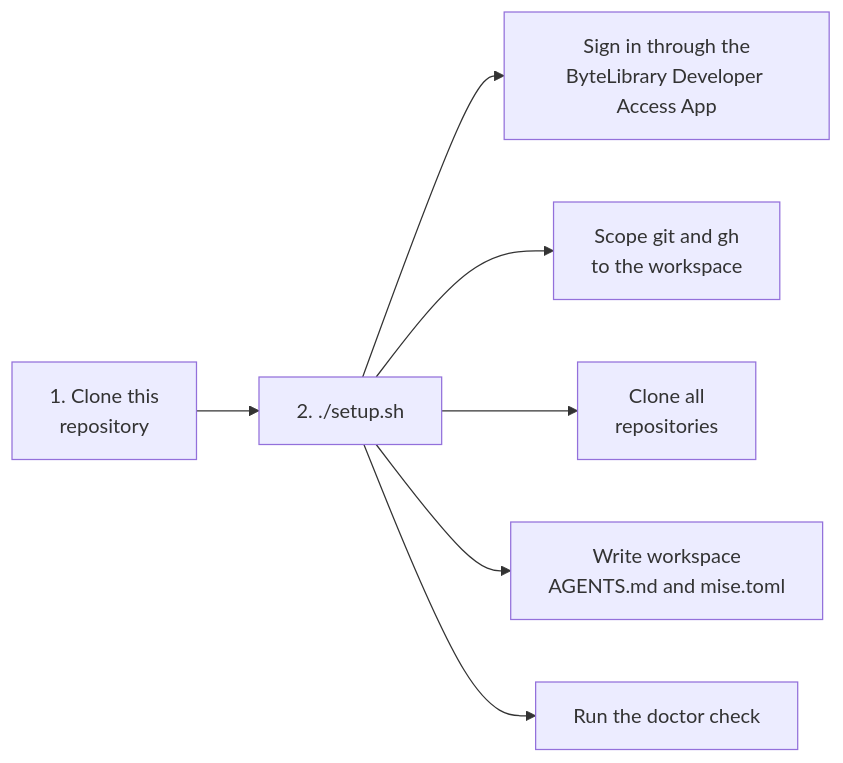
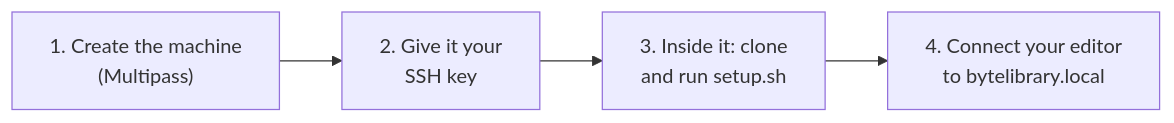
One commit to ByteLibrary/workbench changed the diagram in README.md. Above: the diagram before and after it, drawn with Mermaid. The commit also changed other lines of this file and 4 other files, not shown here.

First line of the commit message:
feat: create the development machine and connect the editor by name (#51)

````diff
--- a/README.md
+++ b/README.md
@@ -7,9 +7,6 @@
 ```mermaid
 flowchart LR
-  clone["1. Clone this<br/>repository"] --> setup["2. ./setup.sh"]
-  setup --> signin["Sign in through the<br/>ByteLibrary Developer Access App"]
-  setup --> access["Scope git and gh<br/>to the workspace"]
-  setup --> repos["Clone all<br/>repositories"]
-  setup --> files["Write workspace<br/>AGENTS.md and mise.toml"]
-  setup --> doctor["Run the doctor check"]
+  launch["1. Create the machine<br/>(Multipass)"] --> key["2. Give it your<br/>SSH key"]
+  key --> setup["3. Inside it: clone<br/>and run setup.sh"]
+  setup --> editor["4. Connect your editor<br/>to bytelibrary.local"]
 ```
````
